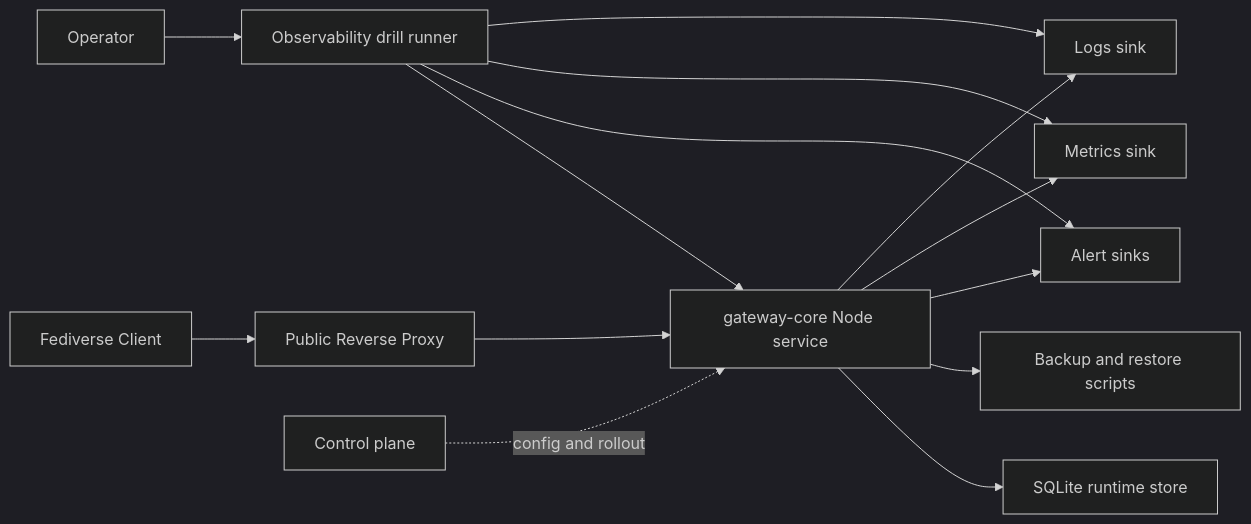
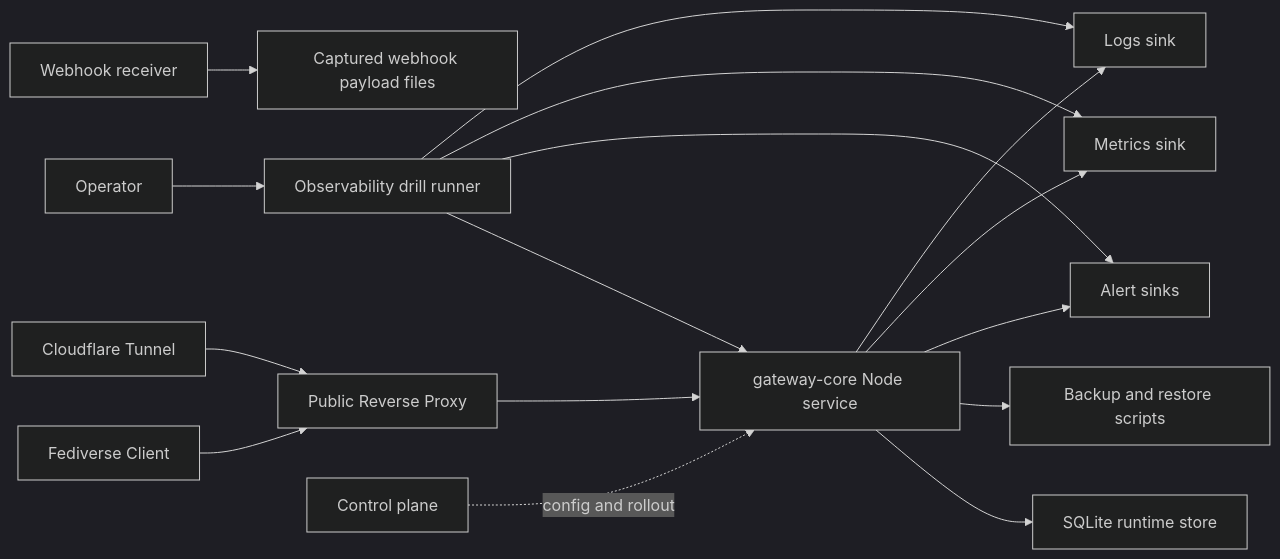
The diagram in research/matters-fediverse-compat/03-ops/deployment-topology-baseline.md (thematters/matters-fediverse-gateway), drawn with Mermaid (dark theme) before and after one commit. The commit also changed other lines of this file and 10 other files, not shown here.

Commit message:
Add Cloudflare staging webhook drill path

````diff
--- a/research/matters-fediverse-compat/03-ops/deployment-topology-baseline.md
+++ b/research/matters-fediverse-compat/03-ops/deployment-topology-baseline.md
@@ -9,16 +9,18 @@
 ```mermaid
 flowchart LR
   user["Fediverse Client"] --> proxy["Public Reverse Proxy"]
+  cf["Cloudflare Tunnel"] --> proxy
+  hooks["Webhook receiver"] --> files["Captured webhook payload files"]
   proxy --> gateway["gateway-core Node service"]
   gateway --> sqlite["SQLite runtime store"]
   gateway --> backup["Backup and restore scripts"]
   gateway --> alerts["Alert sinks"]
   gateway --> metrics["Metrics sink"]
   gateway --> logs["Logs sink"]
   operator["Operator"] --> drill["Observability drill runner"]
   drill --> gateway
   drill --> alerts
   drill --> metrics
   drill --> logs
   control["Control plane"] -. config and rollout .-> gateway
 ```
````
